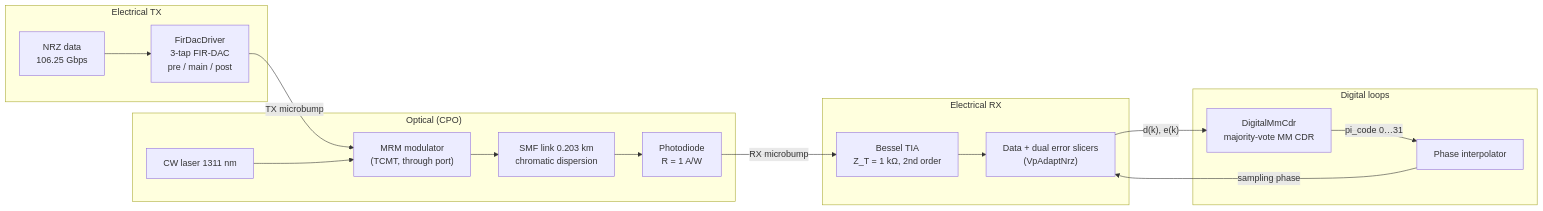
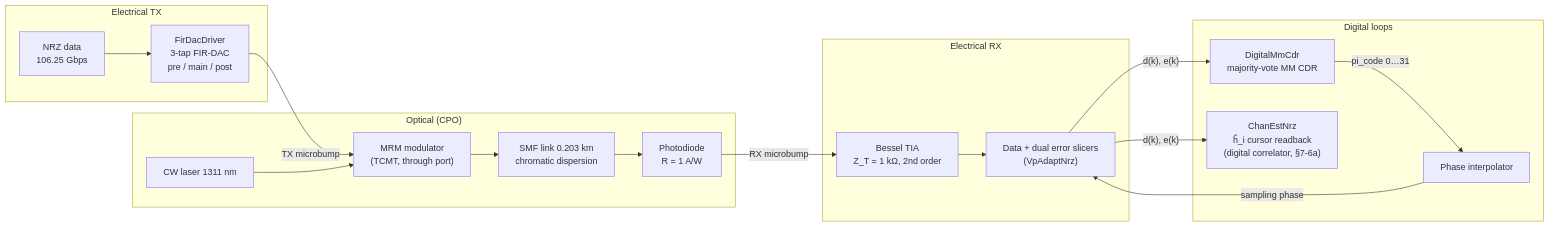
Before and after one commit to patrick-lightmatter/mydocs: the first of 4 diagrams in oci_msa/l250/architecture_spec.md, drawn with Mermaid. The commit also changed other lines of this file and 4 other files, not shown here.

````diff
--- a/oci_msa/l250/architecture_spec.md
+++ b/oci_msa/l250/architecture_spec.md
@@ -22,21 +22,22 @@
 ```mermaid
 flowchart LR
   subgraph TX["Electrical TX"]
     PRBS["NRZ data<br/>106.25 Gbps"] --> FIR["FirDacDriver<br/>3-tap FIR-DAC<br/>pre / main / post"]
   end
   subgraph OPT["Optical (CPO)"]
     FIR -->|TX microbump| MRM["MRM modulator<br/>(TCMT, through port)"]
     LAS["CW laser 1311 nm"] --> MRM
     MRM --> SMF["SMF link 0.203 km<br/>chromatic dispersion"]
     SMF --> PD["Photodiode<br/>R = 1 A/W"]
   end
   subgraph RX["Electrical RX"]
     PD -->|RX microbump| TIA["Bessel TIA<br/>Z_T = 1 kΩ, 2nd order"]
     TIA --> SL["Data + dual error slicers<br/>(VpAdaptNrz)"]
   end
   subgraph DIG["Digital loops"]
     SL -->|"d(k), e(k)"| CDR["DigitalMmCdr<br/>majority-vote MM CDR"]
     CDR -->|pi_code 0…31| PI["Phase interpolator"]
     PI -->|sampling phase| SL
+    SL -->|"d(k), e(k)"| EST["ChanEstNrz<br/>ĥ_i cursor readback<br/>(digital correlator, §7-6a)"]
   end
 ```
````
